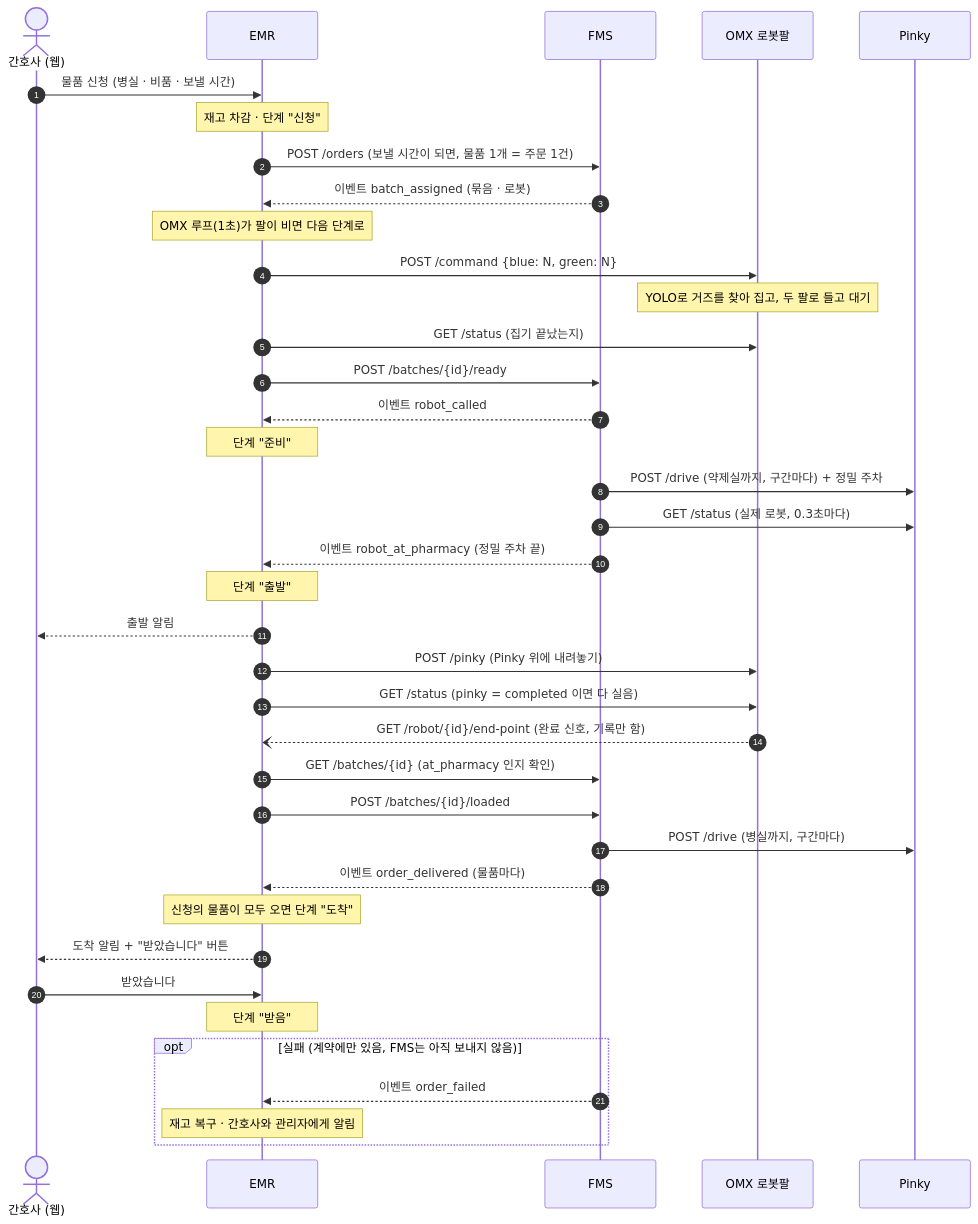
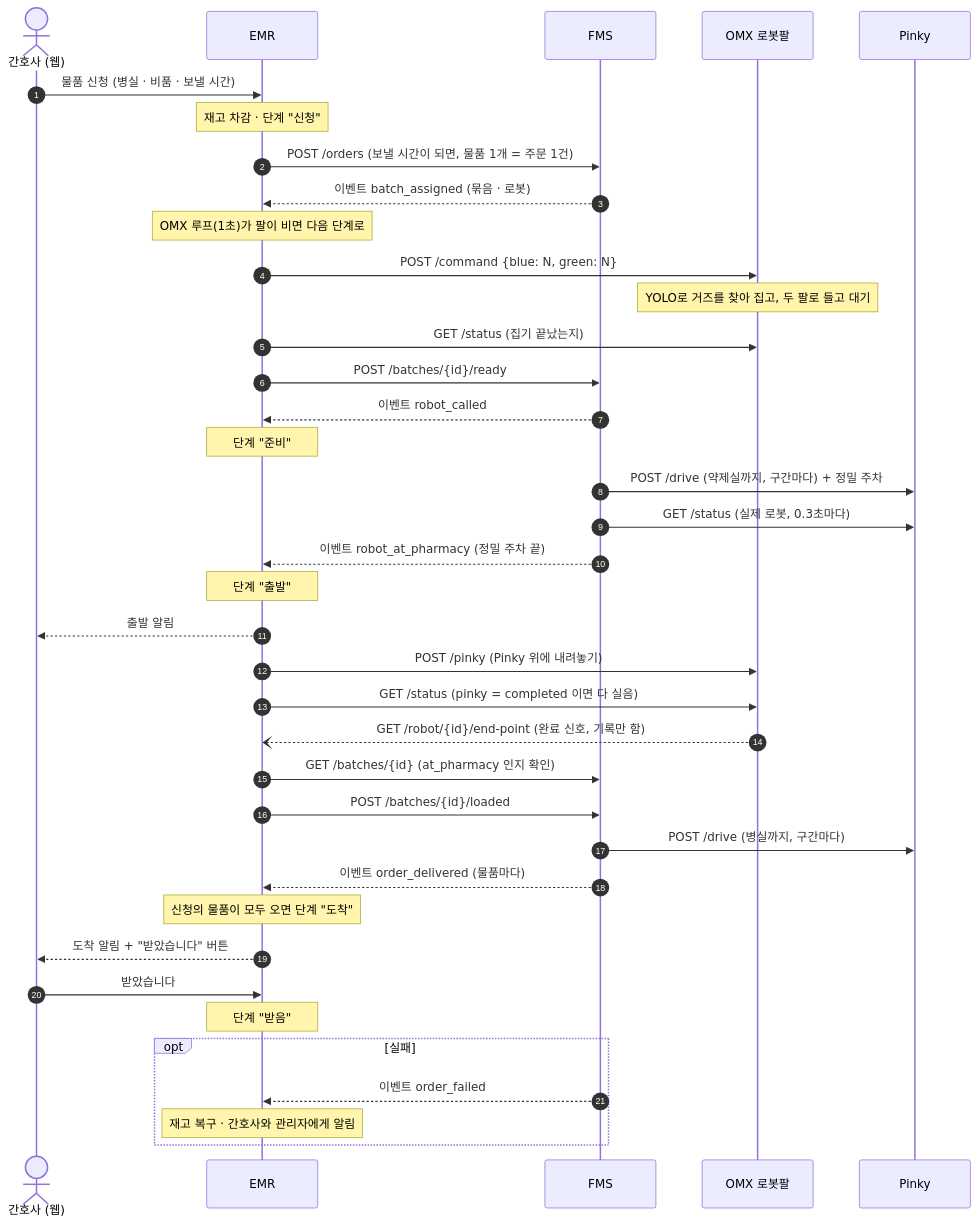
The second of 2 diagrams in README.md (kernel-robot-9th/kernel-robot-repo-2), drawn with Mermaid before and after one commit.

Commit message:
README: 시퀀스 실패 블록 제목의 메모 삭제

````diff
--- a/README.md
+++ b/README.md
@@ -79,42 +79,42 @@
 ```mermaid
 sequenceDiagram
   autonumber
   actor N as 간호사 (웹)
   participant E as EMR
   participant F as FMS
   participant O as OMX 로봇팔
   participant P as Pinky
 
   N->>E: 물품 신청 (병실 · 비품 · 보낼 시간)
   Note over E: 재고 차감 · 단계 "신청"
   E->>F: POST /orders (보낼 시간이 되면, 물품 1개 = 주문 1건)
   F-->>E: 이벤트 batch_assigned (묶음 · 로봇)
   Note over E: OMX 루프(1초)가 팔이 비면 다음 단계로
   E->>O: POST /command {blue: N, green: N}
   Note over O: YOLO로 거즈를 찾아 집고, 두 팔로 들고 대기
   E->>O: GET /status (집기 끝났는지)
   E->>F: POST /batches/{id}/ready
   F-->>E: 이벤트 robot_called
   Note over E: 단계 "준비"
   F->>P: POST /drive (약제실까지, 구간마다) + 정밀 주차
   F->>P: GET /status (실제 로봇, 0.3초마다)
   F-->>E: 이벤트 robot_at_pharmacy (정밀 주차 끝)
   Note over E: 단계 "출발"
   E-->>N: 출발 알림
   E->>O: POST /pinky (Pinky 위에 내려놓기)
   E->>O: GET /status (pinky = completed 이면 다 실음)
   O--)E: GET /robot/{id}/end-point (완료 신호, 기록만 함)
   E->>F: GET /batches/{id} (at_pharmacy 인지 확인)
   E->>F: POST /batches/{id}/loaded
   F->>P: POST /drive (병실까지, 구간마다)
   F-->>E: 이벤트 order_delivered (물품마다)
   Note over E: 신청의 물품이 모두 오면 단계 "도착"
   E-->>N: 도착 알림 + "받았습니다" 버튼
   N->>E: 받았습니다
   Note over E: 단계 "받음"
 
-  opt 실패 (계약에만 있음, FMS는 아직 보내지 않음)
+  opt 실패
     F-->>E: 이벤트 order_failed
     Note over E: 재고 복구 · 간호사와 관리자에게 알림
   end
 ```
````
